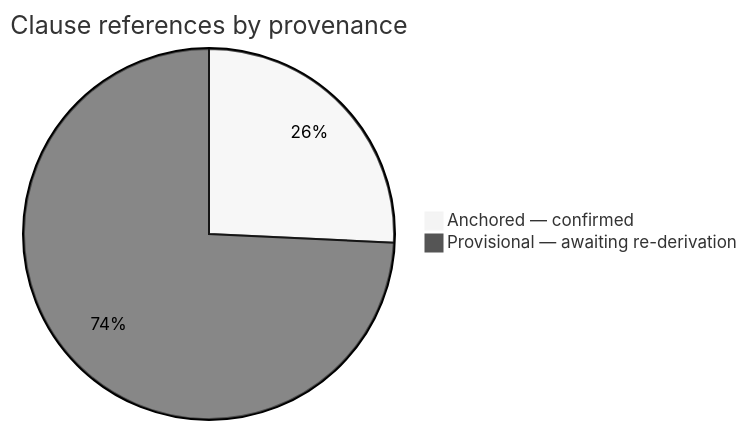
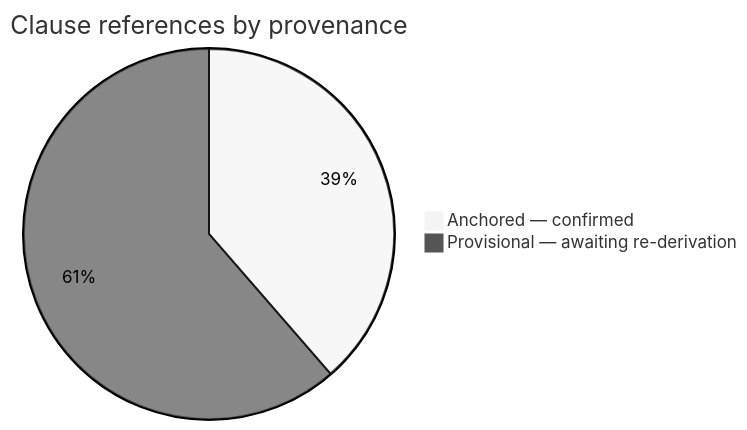
Before and after one commit to shubhamjha16/BOM_Automation: the first of 3 diagrams in docs/COMPLIANCE_MATRIX.md, drawn with Mermaid (neutral theme). The commit also changed other lines of this file and 15 other files, not shown here.

````diff
--- a/docs/COMPLIANCE_MATRIX.md
+++ b/docs/COMPLIANCE_MATRIX.md
@@ -14,5 +17,5 @@
 ```mermaid
 pie title Clause references by provenance
-    "Anchored — confirmed" : 26
-    "Provisional — awaiting re-derivation" : 75
+    "Anchored — confirmed" : 39
+    "Provisional — awaiting re-derivation" : 62
 ```
````
